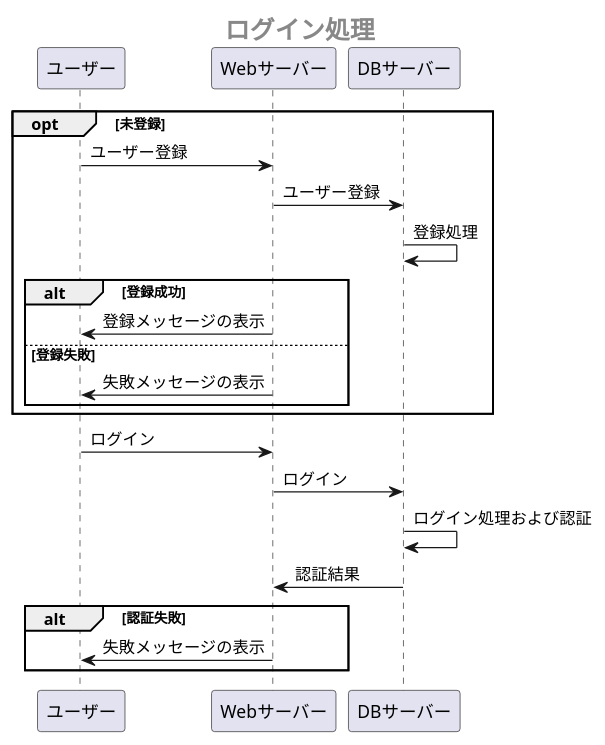
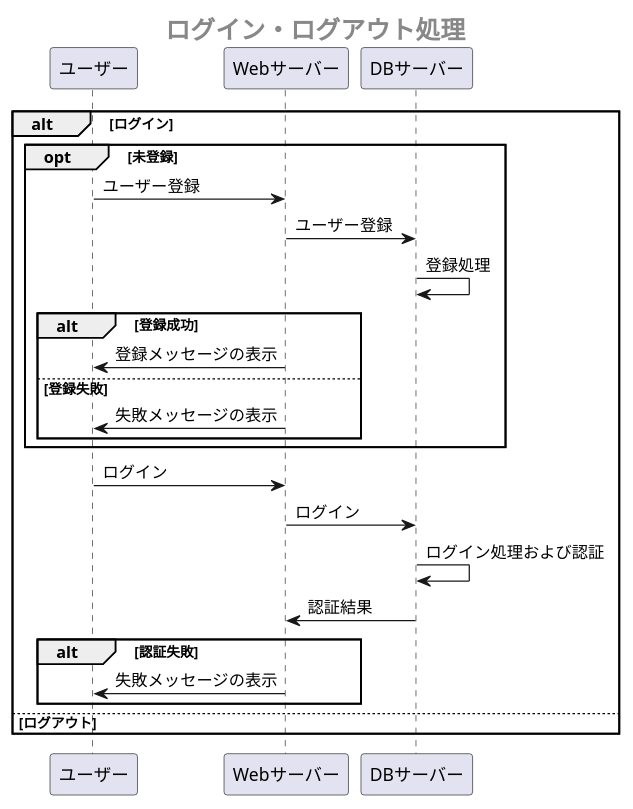
One commit to Aso2001385/2021sys-design changed the second of 2 diagrams in sample/OperationFrow.md. Above: the diagram before and after it, drawn with PlantUML. The commit also changed other lines of this file, not shown here.

````diff
--- a/sample/OperationFrow.md
+++ b/sample/OperationFrow.md
@@ -42,28 +43,33 @@
 ```uml
 
 @startuml
-center header <size:20><b>ログイン処理</b></size>
- opt 未登録
+center header <size:20><b>ログイン・ログアウト処理</b></size>
+ 
+ alt ログイン
+  opt 未登録
 
-  ユーザー -> Webサーバー:ユーザー登録
-  Webサーバー -> DBサーバー:ユーザー登録
-  DBサーバー -> DBサーバー:登録処理
+   ユーザー -> Webサーバー:ユーザー登録
+   Webサーバー -> DBサーバー:ユーザー登録
+   DBサーバー -> DBサーバー:登録処理
 
-  alt 登録成功
-    Webサーバー ->ユーザー:登録メッセージの表示
-  else 登録失敗
-    Webサーバー ->ユーザー:失敗メッセージの表示
+   alt 登録成功
+     Webサーバー ->ユーザー:登録メッセージの表示
+   else 登録失敗
+     Webサーバー ->ユーザー:失敗メッセージの表示
+   end
+
   end
 
+  ユーザー -> Webサーバー:ログイン
+  Webサーバー -> DBサーバー:ログイン
+  DBサーバー -> DBサーバー:ログイン処理および認証
+  DBサーバー -> Webサーバー:認証結果
+
+  alt 認証失敗
+   Webサーバー ->ユーザー:失敗メッセージの表示
+  end
+ else ログアウト
  end
-
- ユーザー -> Webサーバー:ログイン
- Webサーバー -> DBサーバー:ログイン
- DBサーバー -> DBサーバー:ログイン処理および認証
- DBサーバー -> Webサーバー:認証結果
-
- alt 認証失敗
-  Webサーバー ->ユーザー:失敗メッセージの表示
- end
+ 
 @enduml
 ```
````
